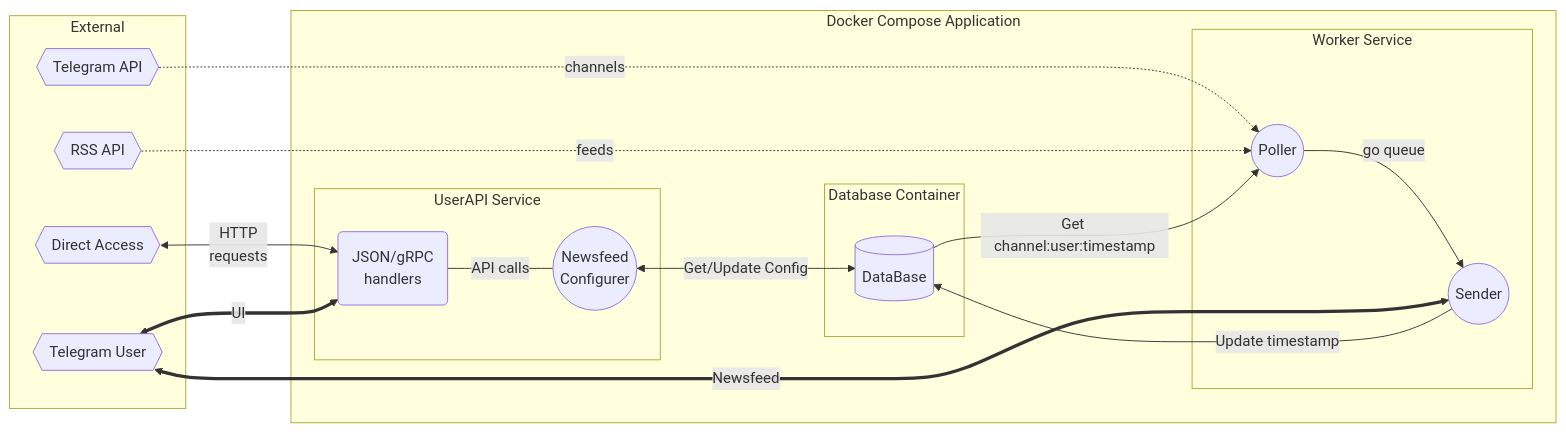
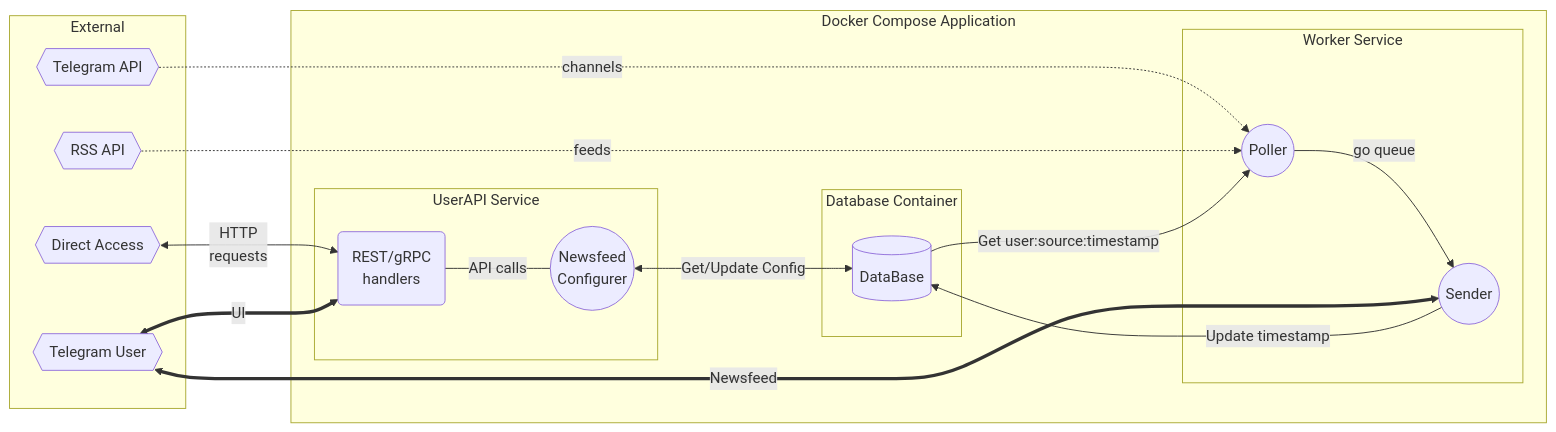
The diagram in README.md (Rush-iam/AggreBot), drawn with Mermaid before and after one commit. The commit also changed other lines of this file, not shown here.

````diff
--- a/README.md
+++ b/README.md
@@ -4,36 +23,36 @@
 ```mermaid
 flowchart LR
 
 subgraph External
     DIRECT{{Direct Access}}
     TGUSER{{Telegram User}}
     TG{{Telegram API}}
     RSS{{RSS API}}
 end
 subgraph Docker Compose Application
     subgraph UserAPI [UserAPI Service]
-        HANDLERS(JSON/gRPC<br/>handlers)
+        HANDLERS(REST/gRPC<br/>handlers)
         CONFIGURER((Newsfeed<br/>Configurer))
     end
     subgraph Database [Database Container]
         DB[(DataBase)]
     end
     subgraph Worker Service
         POLLER((Poller))
         SENDER((Sender))
     end
 end
 
 DIRECT <-->|HTTP<br/>requests| HANDLERS
 TGUSER <==>|UI| HANDLERS
 TG -.->|channels| POLLER
 RSS -.->|feeds| POLLER
 
 HANDLERS ---|API calls| CONFIGURER<-->|Get/Update Config| DB
 
-DB -->|Get channel:user:timestamp| POLLER 
+DB -->|Get user:source:timestamp| POLLER 
 POLLER -->|go queue| SENDER
 SENDER -->|Update timestamp| DB
 TGUSER <==> |Newsfeed| SENDER
 
 ```
````
